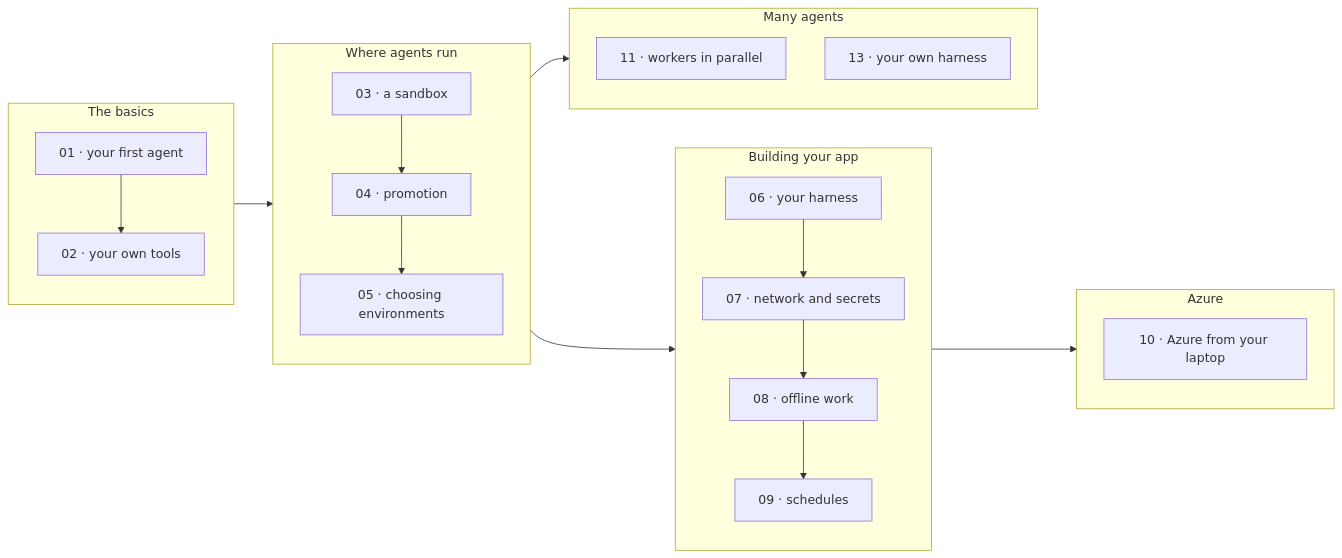
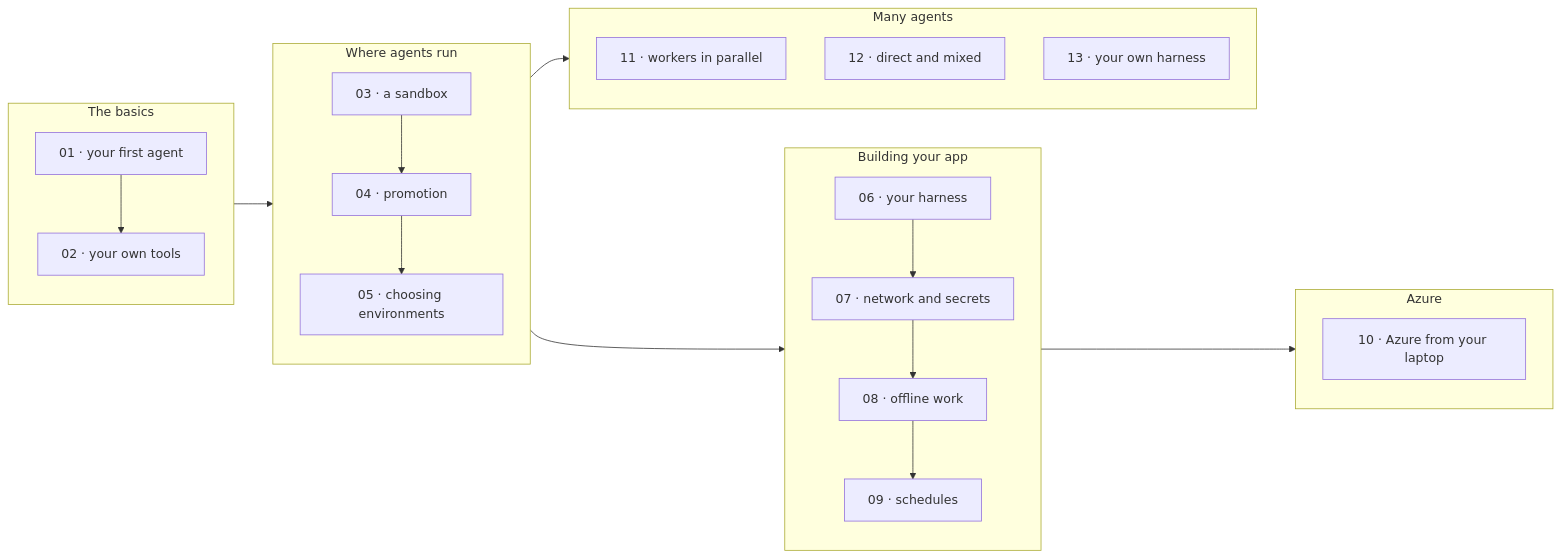
One commit to patniko/managed-copilot-sdk changed the diagram in samples/README.md. Above: the diagram before and after it, drawn with Mermaid. The commit also changed 13 other files, not shown here.

````diff
--- a/samples/README.md
+++ b/samples/README.md
@@ -6,24 +6,25 @@
 ```mermaid
 flowchart LR
   subgraph Basics["The basics"]
     direction TB
     W1["01 · your first agent"] --> W2["02 · your own tools"]
   end
   subgraph Where["Where agents run"]
     direction TB
     W3["03 · a sandbox"] --> W4["04 · promotion"] --> W5["05 · choosing environments"]
   end
   subgraph Build["Building your app"]
     direction TB
     W6["06 · your harness"] --> W7["07 · network and secrets"] --> W8["08 · offline work"] --> W9["09 · schedules"]
   end
   subgraph Cloud["Azure"]
     W10["10 · Azure from your laptop"]
   end
   subgraph Many["Many agents"]
     W11["11 · workers in parallel"]
+    W12["12 · direct and mixed"]
     W13["13 · your own harness"]
   end
   Basics --> Where --> Build --> Cloud
   Where --> Many
 ```
````
